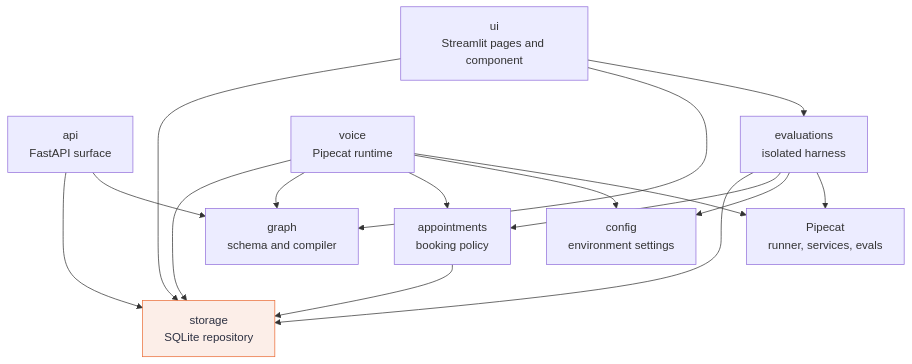
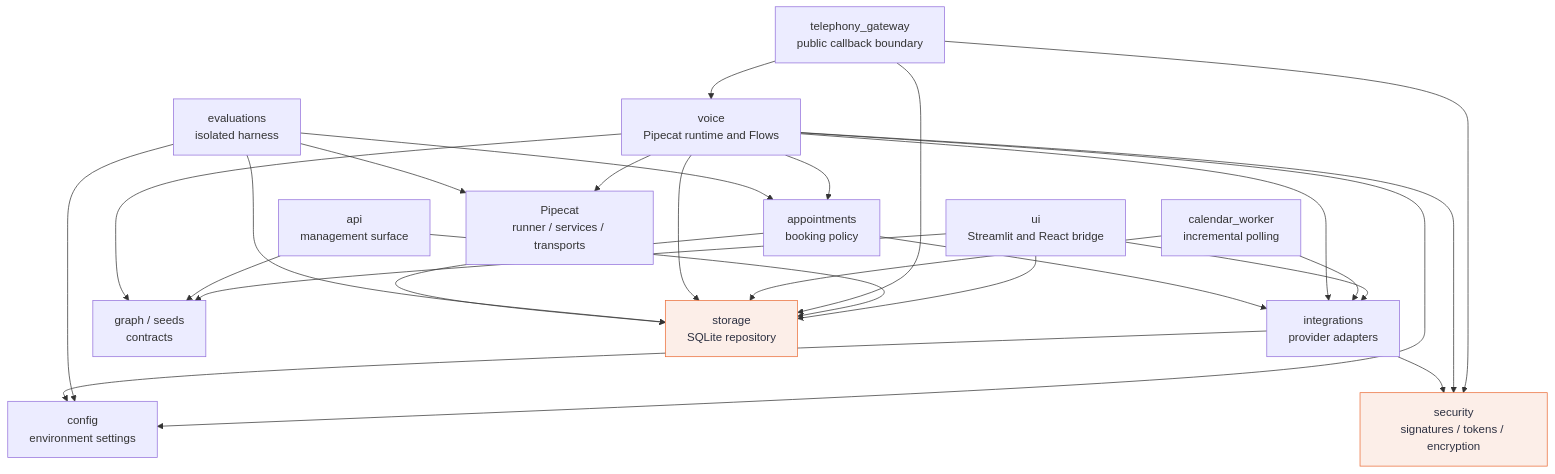
The diagram in docs/diagrams/module-dependencies.mmd (pypi-ahmad/pipecat-voice-studio), drawn with Mermaid before and after one commit. The commit also changed 54 other files, not shown here.

Commit message:
feat: add production voice provider integrations

```diff
--- a/docs/diagrams/module-dependencies.mmd
+++ b/docs/diagrams/module-dependencies.mmd
@@ -1,29 +1,43 @@
 flowchart TD
-    ui["ui<br/>Streamlit pages and component"]
-    api["api<br/>FastAPI surface"]
+    ui["ui<br/>Streamlit and React bridge"]
+    api["api<br/>management surface"]
+    gateway["telephony_gateway<br/>public callback boundary"]
+    calendar["calendar_worker<br/>incremental polling"]
     evals["evaluations<br/>isolated harness"]
-    voice["voice<br/>Pipecat runtime"]
-    graphmod["graph<br/>schema and compiler"]
+    voice["voice<br/>Pipecat runtime and Flows"]
+    integrations["integrations<br/>provider adapters"]
+    security["security<br/>signatures / tokens / encryption"]
+    graphmod["graph / seeds<br/>contracts"]
     appointments["appointments<br/>booking policy"]
     storage["storage<br/>SQLite repository"]
     config["config<br/>environment settings"]
-    pipecat["Pipecat<br/>runner, services, evals"]
+    pipecat["Pipecat<br/>runner / services / transports"]
 
     ui --> storage
     ui --> graphmod
-    ui --> evals
+    ui --> integrations
     api --> storage
     api --> graphmod
+    gateway --> voice
+    gateway --> security
+    gateway --> storage
+    calendar --> integrations
+    calendar --> storage
     voice --> storage
     voice --> graphmod
     voice --> appointments
+    voice --> integrations
+    voice --> security
     voice --> config
     voice --> pipecat
     evals --> storage
     evals --> appointments
     evals --> config
     evals --> pipecat
+    appointments --> integrations
     appointments --> storage
+    integrations --> security
+    integrations --> config
 
     classDef shared fill:#fceee8,stroke:#eb6c36,color:#2d3142
-    class storage shared
+    class storage,security shared
```
